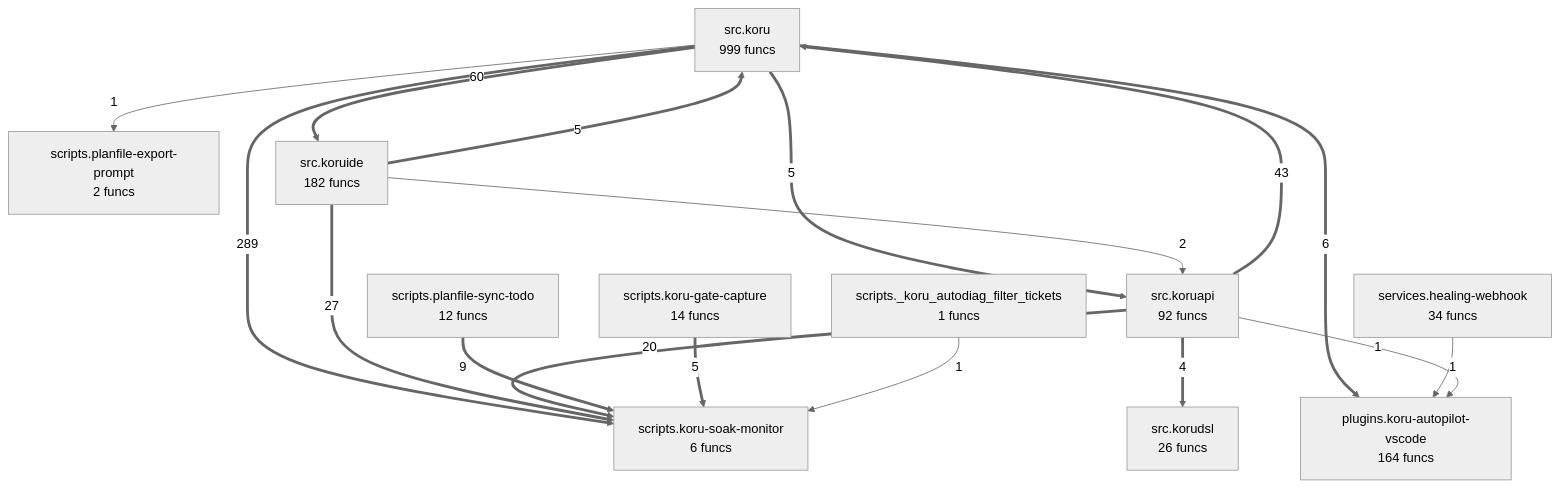
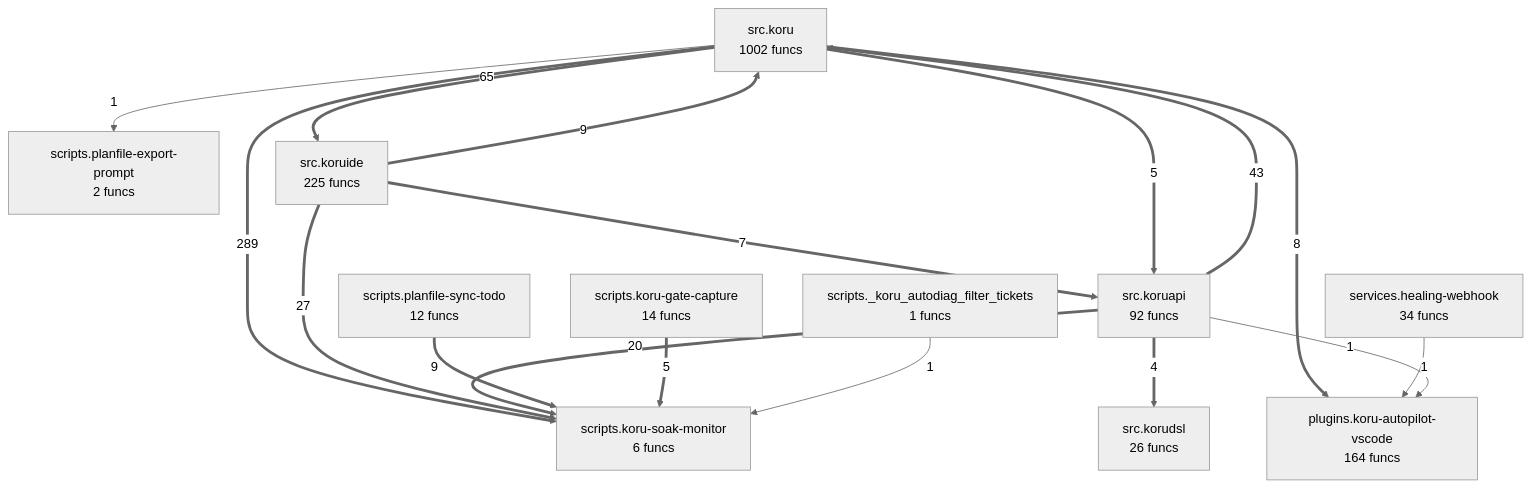
One commit to semcod/koru changed the diagram in project/compact_flow.mmd. Above: the diagram before and after it, drawn with Mermaid (neutral theme). The commit also changed 34 other files, not shown here.

```diff
--- a/project/compact_flow.mmd
+++ b/project/compact_flow.mmd
@@ -1,29 +1,29 @@
 flowchart TD
-%% generated in 0.15s
+%% generated in 0.04s
     plugins__koru_autopilot_vscode["plugins.koru-autopilot-vscode<br/>164 funcs"]
     scripts___koru_autodiag_filter_tickets["scripts._koru_autodiag_filter_tickets<br/>1 funcs"]
     scripts__koru_gate_capture["scripts.koru-gate-capture<br/>14 funcs"]
     scripts__koru_soak_monitor["scripts.koru-soak-monitor<br/>6 funcs"]
     scripts__planfile_export_prompt["scripts.planfile-export-prompt<br/>2 funcs"]
     scripts__planfile_sync_todo["scripts.planfile-sync-todo<br/>12 funcs"]
     services__healing_webhook["services.healing-webhook<br/>34 funcs"]
-    src__koru["src.koru<br/>999 funcs"]
+    src__koru["src.koru<br/>1002 funcs"]
     src__koruapi["src.koruapi<br/>92 funcs"]
     src__korudsl["src.korudsl<br/>26 funcs"]
-    src__koruide["src.koruide<br/>182 funcs"]
+    src__koruide["src.koruide<br/>225 funcs"]
     src__koru ==>|289| scripts__koru_soak_monitor
-    src__koru ==>|60| src__koruide
+    src__koru ==>|65| src__koruide
     src__koruapi ==>|43| src__koru
     src__koruide ==>|27| scripts__koru_soak_monitor
     src__koruapi ==>|20| scripts__koru_soak_monitor
+    src__koruide ==>|9| src__koru
     scripts__planfile_sync_todo ==>|9| scripts__koru_soak_monitor
-    src__koru ==>|6| plugins__koru_autopilot_vscode
-    src__koruide ==>|5| src__koru
+    src__koru ==>|8| plugins__koru_autopilot_vscode
+    src__koruide ==>|7| src__koruapi
     src__koru ==>|5| src__koruapi
     scripts__koru_gate_capture ==>|5| scripts__koru_soak_monitor
     src__koruapi ==>|4| src__korudsl
-    src__koruide -->|2| src__koruapi
     services__healing_webhook -->|1| plugins__koru_autopilot_vscode
     src__koruapi -->|1| plugins__koru_autopilot_vscode
     src__koru -->|1| scripts__planfile_export_prompt
     scripts___koru_autodiag_filter_tickets -->|1| scripts__koru_soak_monitor
```
